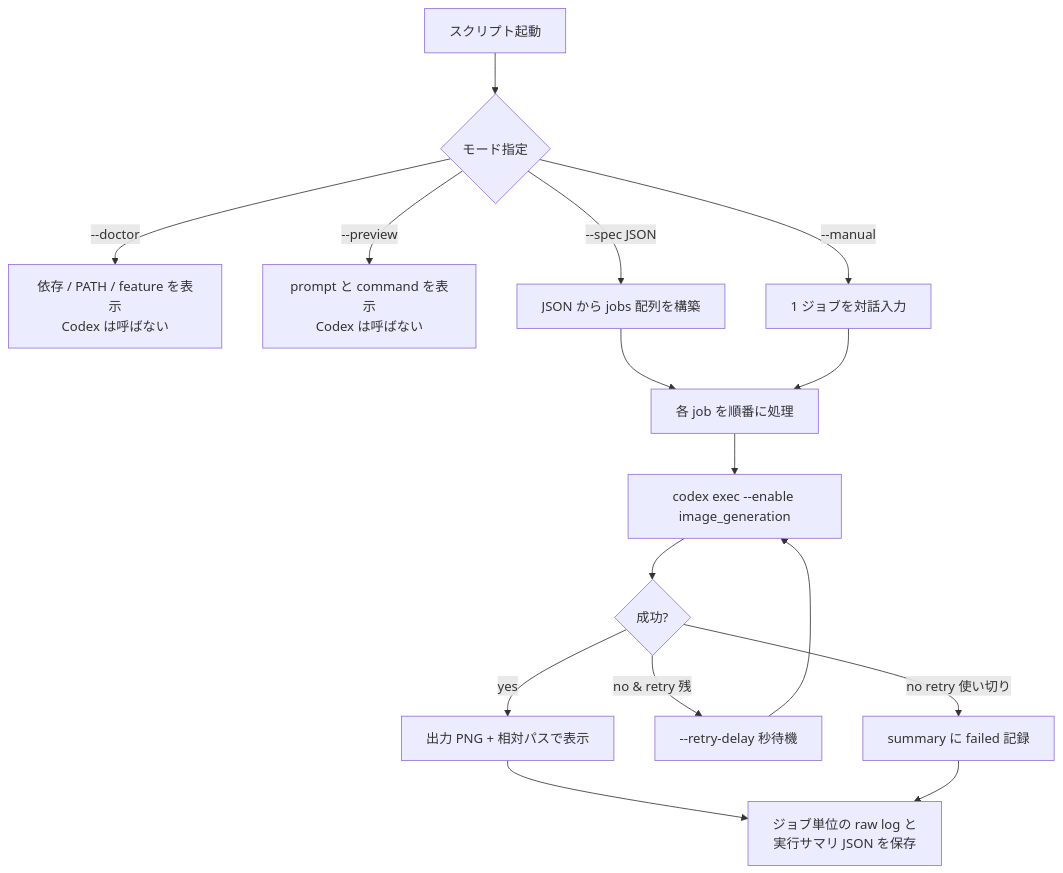
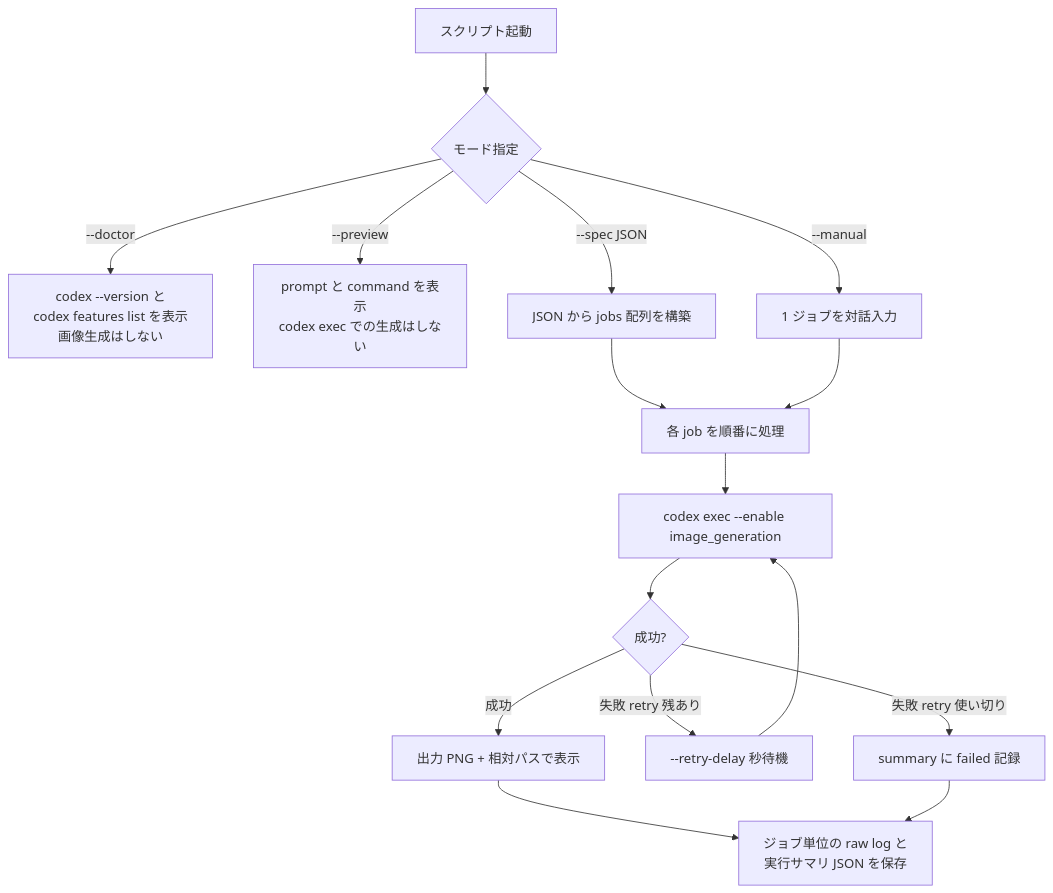
One commit to TK2F/codex-cli-image-generation-wsl2-notes changed the third of 3 diagrams in README.ja.md. Above: the diagram before and after it, drawn with Mermaid. The commit also changed other lines of this file and 2 other files, not shown here.

First paragraph of the commit message:
Fix doctor/preview scope claims, harden Mermaid, expand maintainer notes
Addresses potential issues surfaced by a cross-role adversarial review
and prepares the maintainer checklist for a Codex re-verification pass.

````diff
--- a/README.ja.md
+++ b/README.ja.md
@@ -140,17 +142,17 @@
 ```mermaid
 flowchart TD
   Start[スクリプト起動] --> Pre{モード指定}
-  Pre -->|--doctor| Doc[依存 / PATH / feature を表示<br/>Codex は呼ばない]
-  Pre -->|--preview| Pv[prompt と command を表示<br/>Codex は呼ばない]
+  Pre -->|--doctor| Doc[codex --version と<br/>codex features list を表示<br/>画像生成はしない]
+  Pre -->|--preview| Pv[prompt と command を表示<br/>codex exec での生成はしない]
   Pre -->|--manual| Man[1 ジョブを対話入力]
   Pre -->|--spec JSON| Spec[JSON から jobs 配列を構築]
   Spec --> Loop[各 job を順番に処理]
   Man --> Loop
   Loop --> Exec[codex exec --enable image_generation]
   Exec --> Ok{成功?}
-  Ok -->|yes| Out[出力 PNG + 相対パスで表示]
-  Ok -->|no & retry 残| Retry[--retry-delay 秒待機] --> Exec
-  Ok -->|no retry 使い切り| Fail[summary に failed 記録]
+  Ok -->|成功| Out[出力 PNG + 相対パスで表示]
+  Ok -->|失敗 retry 残あり| Retry[--retry-delay 秒待機] --> Exec
+  Ok -->|失敗 retry 使い切り| Fail[summary に failed 記録]
   Out --> Sum[ジョブ単位の raw log と<br/>実行サマリ JSON を保存]
   Fail --> Sum
 ```
````
